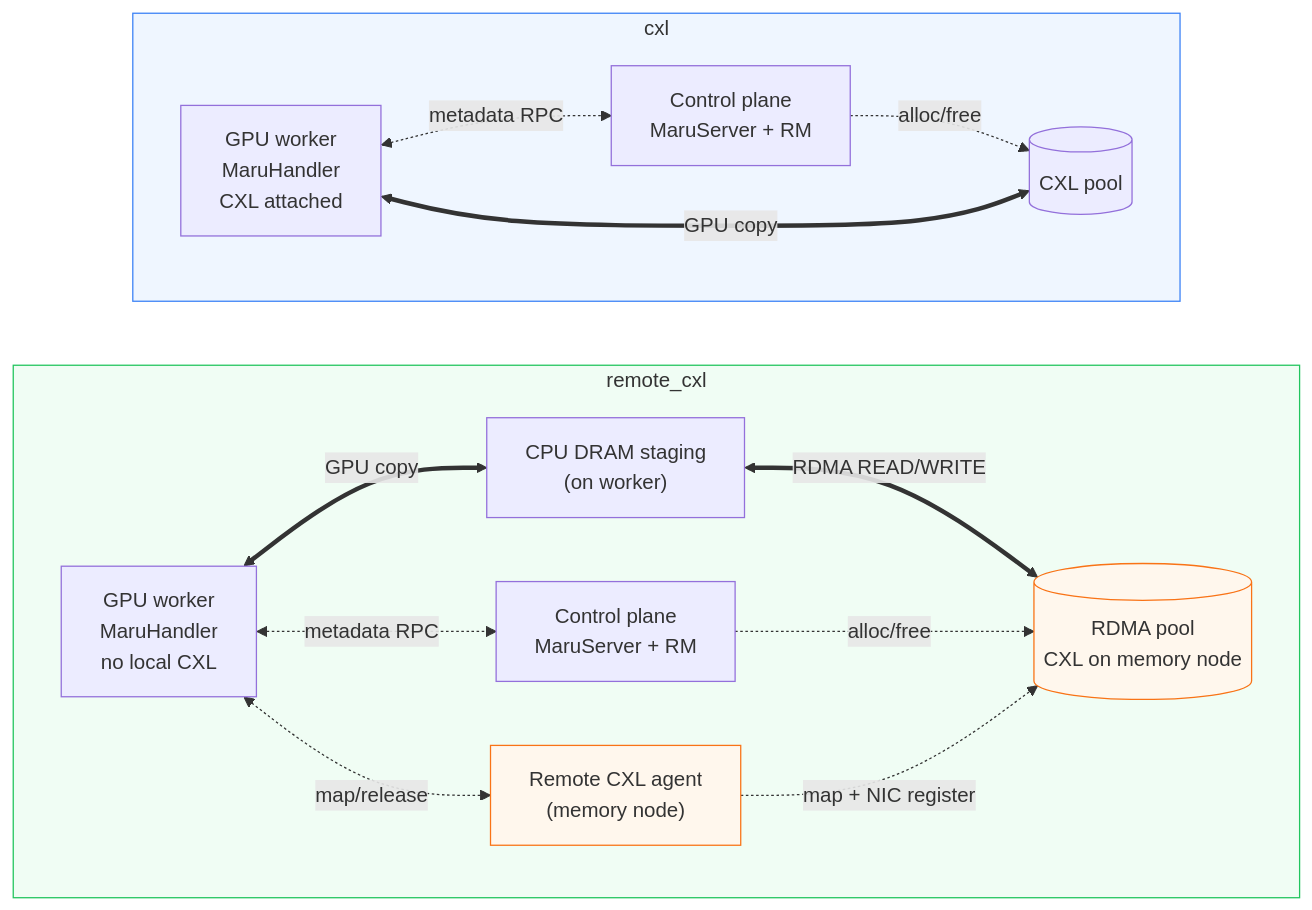
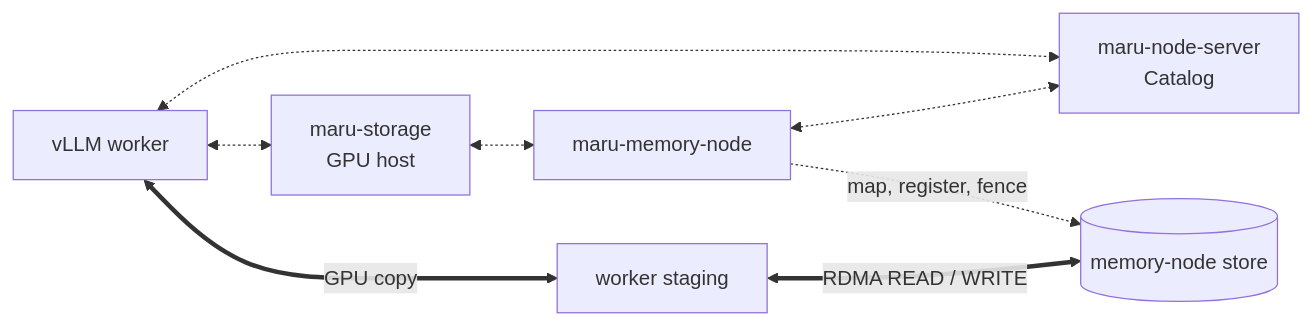
Before and after one commit to xcena-dev/maru: the diagram in README.md, drawn with Mermaid. The commit also changed other lines of this file and 50 other files, not shown here.

Commit message:
docs: describe the node StorageService and moving from cpu, mixed and remote_cxl

````diff
--- a/README.md
+++ b/README.md
@@ -54,33 +23,10 @@
 ```mermaid
-flowchart TB
-    subgraph Direct["cxl"]
-        direction LR
-        CW["GPU worker<br/>MaruHandler<br/>CXL attached"]
-        CC["Control plane<br/>MaruServer + RM"]
-        CM[("CXL pool")]
-        CW <-.->|"metadata RPC"| CC
-        CC -.->|"alloc/free"| CM
-        CW <==>|"GPU copy"| CM
-    end
-
-    subgraph Remote["remote_cxl"]
-        direction LR
-        RW["GPU worker<br/>MaruHandler<br/>no local CXL"]
-        ST["CPU DRAM staging<br/>(on worker)"]
-        RC["Control plane<br/>MaruServer + RM"]
-        AG["Remote CXL agent<br/>(memory node)"]
-        RM[("RDMA pool<br/>CXL on memory node")]
-        RW <-.->|"metadata RPC"| RC
-        RW <-.->|"map/release"| AG
-        RW <==>|"GPU copy"| ST
-        ST <==>|"RDMA READ/WRITE"| RM
-        RC -.->|"alloc/free"| RM
-        AG -.->|"map + NIC register"| RM
-    end
-
-    Direct ~~~ Remote
-    style Direct fill:#eff6ff,stroke:#3b82f6
-    style Remote fill:#f0fdf4,stroke:#22c55e
-    style AG fill:#fff7ed,stroke:#f97316
-    style RM fill:#fff7ed,stroke:#f97316
+flowchart LR
+    W["vLLM worker"] <-.-> C["maru-node-server<br/>Catalog"]
+    W <-.-> G["maru-storage<br/>GPU host"]
+    G <-.-> M["maru-memory-node"]
+    M <-.-> C
+    W <==>|"GPU copy"| S["worker staging"]
+    S <==>|"RDMA READ / WRITE"| P[("memory-node store")]
+    M -.->|"map, register, fence"| P
 ```
````
